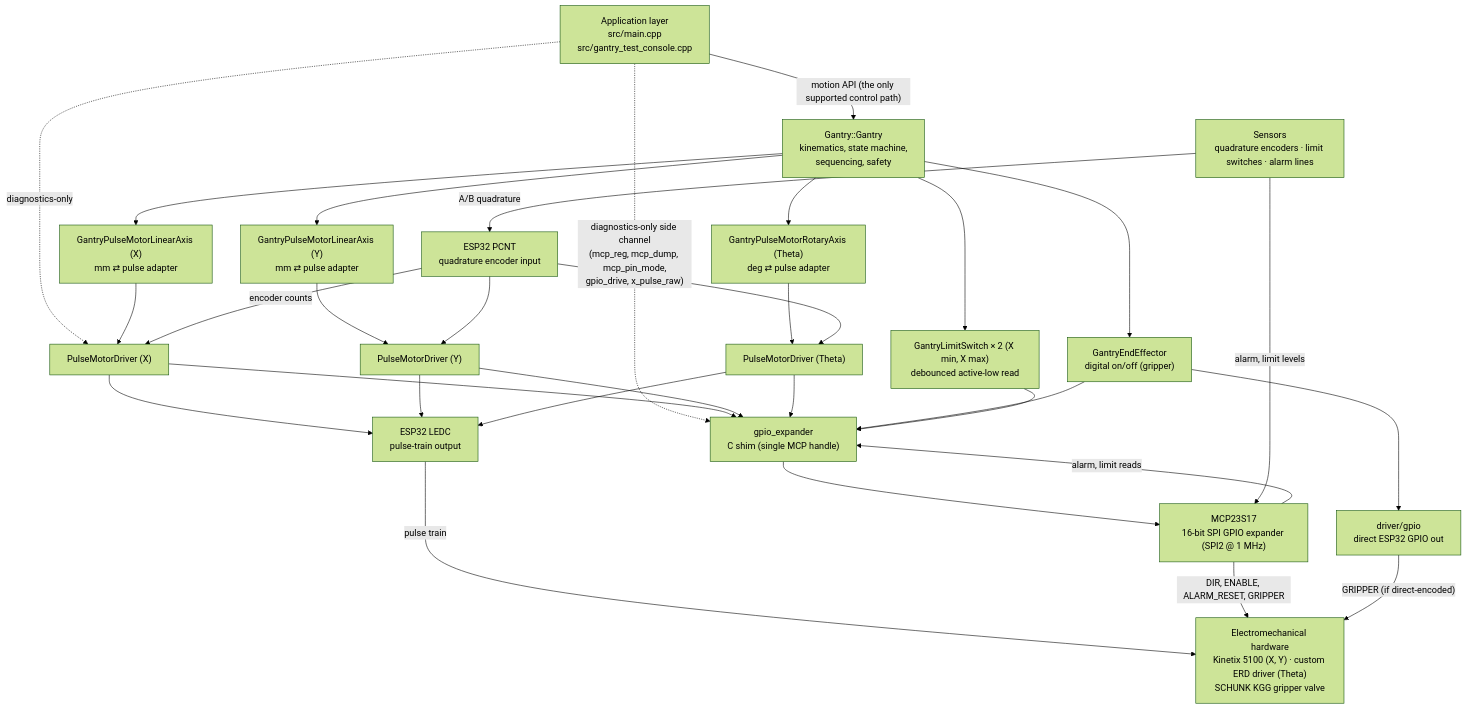
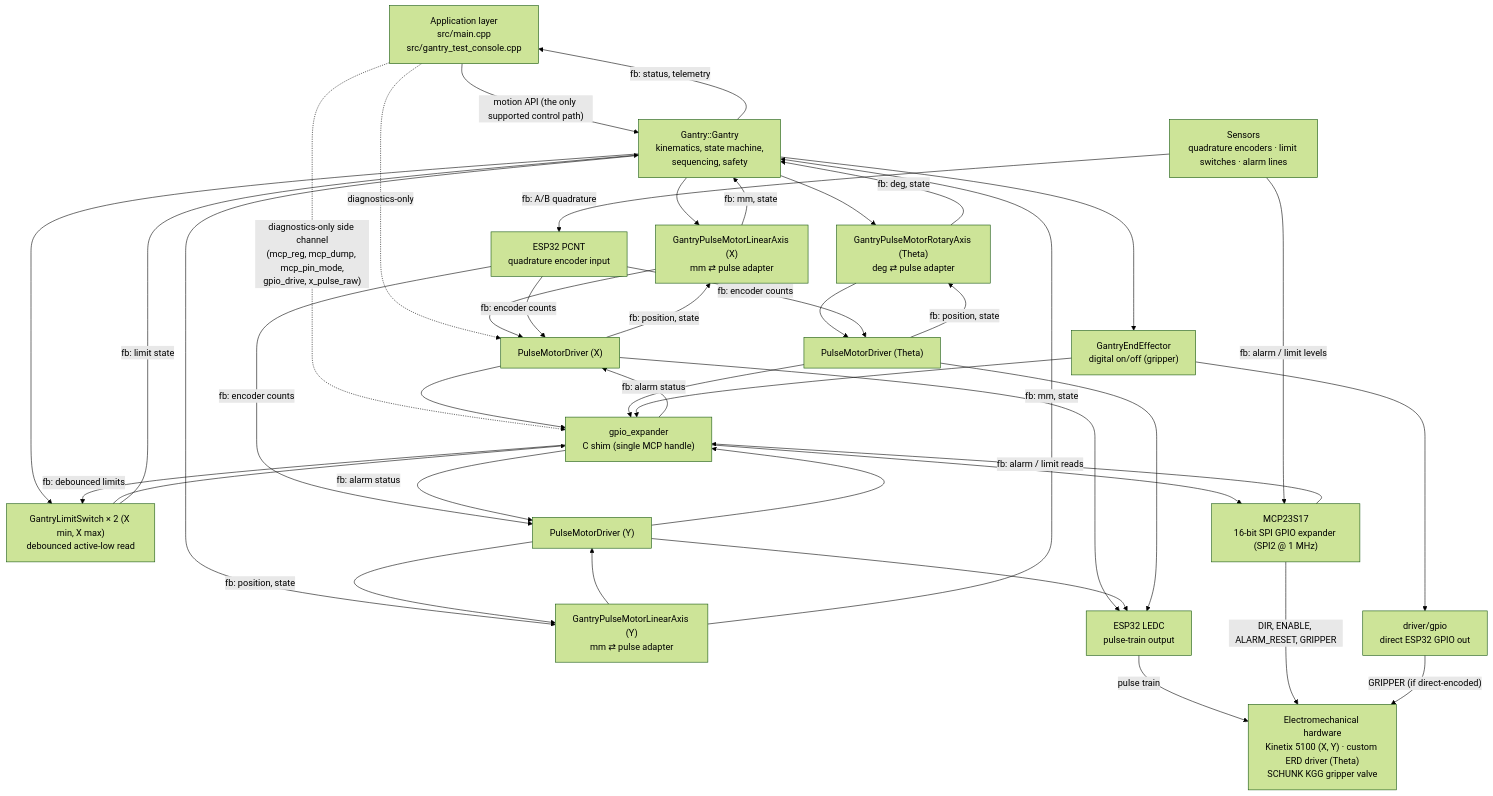
One commit to Mynderse-Research-Lab/wt32-eth01-FreeRTOS changed the diagram in lib/Gantry/docs/ARCHITECTURE_FLOW.md. Above: the diagram before and after it, drawn with Mermaid (forest theme). The commit also changed other lines of this file and 2 other files, not shown here.

Commit message:
docs: draw upstream feedback edges in architecture diagrams
Made-with: Cursor

````diff
--- a/lib/Gantry/docs/ARCHITECTURE_FLOW.md
+++ b/lib/Gantry/docs/ARCHITECTURE_FLOW.md
@@ -13,56 +13,68 @@
 ```mermaid
 flowchart TD
   App["Application layer<br/>src/main.cpp<br/>src/gantry_test_console.cpp"]
   Gantry["Gantry::Gantry<br/>kinematics, state machine,<br/>sequencing, safety"]
   AxisX["GantryPulseMotorLinearAxis (X)<br/>mm ⇄ pulse adapter"]
   AxisY["GantryPulseMotorLinearAxis (Y)<br/>mm ⇄ pulse adapter"]
   AxisT["GantryPulseMotorRotaryAxis (Theta)<br/>deg ⇄ pulse adapter"]
   EE["GantryEndEffector<br/>digital on/off (gripper)"]
   LSX["GantryLimitSwitch × 2 (X min, X max)<br/>debounced active-low read"]
   PMX["PulseMotorDriver (X)"]
   PMY["PulseMotorDriver (Y)"]
   PMT["PulseMotorDriver (Theta)"]
   LEDC["ESP32 LEDC<br/>pulse-train output"]
   PCNT["ESP32 PCNT<br/>quadrature encoder input"]
   Exp["gpio_expander<br/>C shim (single MCP handle)"]
   MCP["MCP23S17<br/>16-bit SPI GPIO expander (SPI2 @ 1 MHz)"]
   DGPIO["driver/gpio<br/>direct ESP32 GPIO out"]
   HW["Electromechanical hardware<br/>Kinetix 5100 (X, Y) · custom ERD driver (Theta)<br/>SCHUNK KGG gripper valve"]
   Sens["Sensors<br/>quadrature encoders · limit switches · alarm lines"]
 
   App -- "motion API (the only supported control path)" --> Gantry
   App -. "diagnostics-only side channel<br/>(mcp_reg, mcp_dump, mcp_pin_mode,<br/>gpio_drive, x_pulse_raw)" .-> Exp
   App -. "diagnostics-only" .-> PMX
 
   Gantry --> AxisX
   Gantry --> AxisY
   Gantry --> AxisT
   Gantry --> EE
   Gantry --> LSX
 
   AxisX --> PMX
   AxisY --> PMY
   AxisT --> PMT
 
   PMX --> LEDC
   PMY --> LEDC
   PMT --> LEDC
   PMX --> Exp
   PMY --> Exp
   PMT --> Exp
   EE --> Exp
   EE --> DGPIO
   LSX --> Exp
   Exp --> MCP
 
   LEDC -- "pulse train" --> HW
   MCP -- "DIR, ENABLE, ALARM_RESET, GRIPPER" --> HW
   DGPIO -- "GRIPPER (if direct-encoded)" --> HW
 
-  Sens -- "A/B quadrature" --> PCNT
-  Sens -- "alarm, limit levels" --> MCP
-  PCNT -- "encoder counts" --> PMX
-  PCNT --> PMY
-  PCNT --> PMT
-  MCP -- "alarm, limit reads" --> Exp
+  %% ----- upstream (feedback) -----
+  Sens -- "fb: A/B quadrature" --> PCNT
+  Sens -- "fb: alarm / limit levels" --> MCP
+  MCP  -- "fb: alarm / limit reads" --> Exp
+  PCNT -- "fb: encoder counts" --> PMX
+  PCNT -- "fb: encoder counts" --> PMY
+  PCNT -- "fb: encoder counts" --> PMT
+  Exp  -- "fb: alarm status" --> PMX
+  Exp  -- "fb: alarm status" --> PMY
+  Exp  -- "fb: debounced limits" --> LSX
+  PMX  -- "fb: position, state" --> AxisX
+  PMY  -- "fb: position, state" --> AxisY
+  PMT  -- "fb: position, state" --> AxisT
+  AxisX -- "fb: mm, state" --> Gantry
+  AxisY -- "fb: mm, state" --> Gantry
+  AxisT -- "fb: deg, state" --> Gantry
+  LSX   -- "fb: limit state" --> Gantry
+  Gantry -- "fb: status, telemetry" --> App
 ```
````
